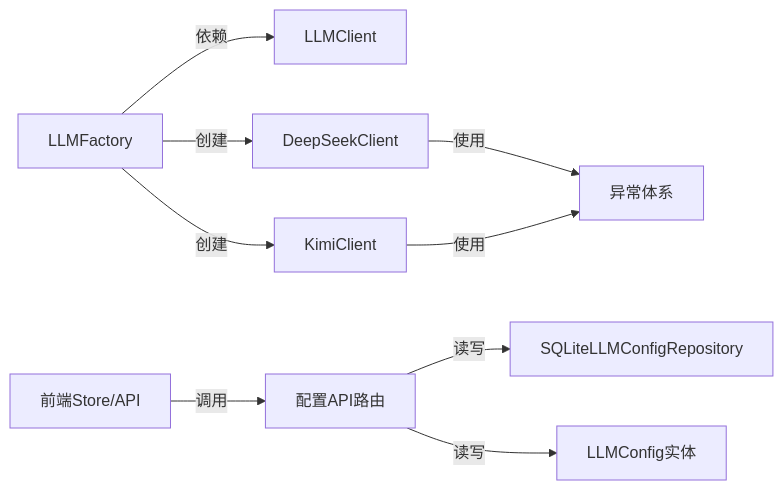
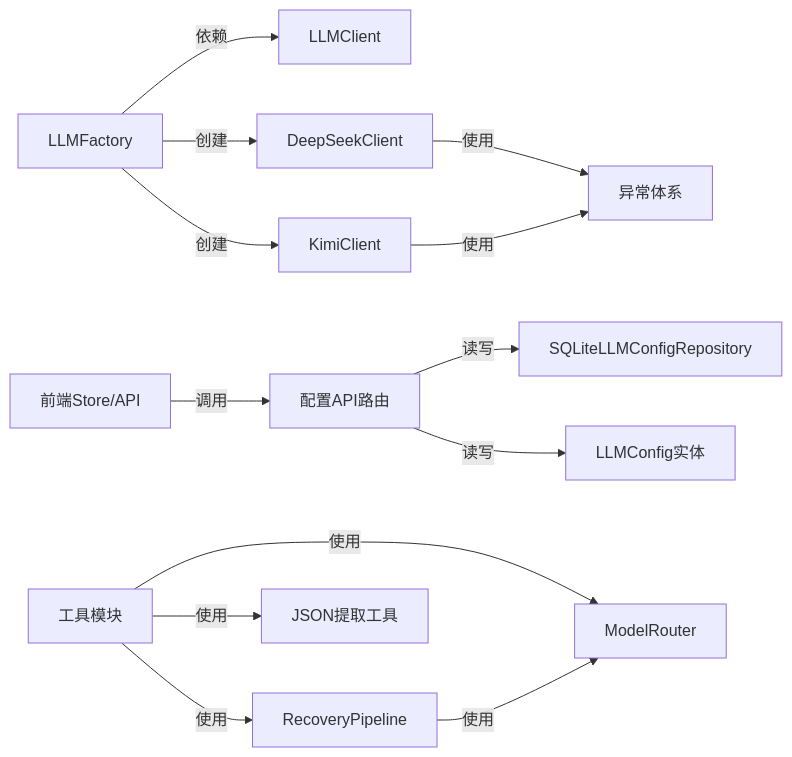
Before and after one commit to octsfm/InkTrace: the eighth of 8 diagrams in .qoder/repowiki/zh/content/AI模型集成/AI模型集成.md, drawn with Mermaid. The commit also changed other lines of this file and 25 other files, not shown here.

````diff
--- a/.qoder/repowiki/zh/content/AI模型集成/AI模型集成.md
+++ b/.qoder/repowiki/zh/content/AI模型集成/AI模型集成.md
@@ -373,11 +487,15 @@
 ```mermaid
 graph LR
 FAC["LLMFactory"] --> |依赖| BC["LLMClient"]
 FAC --> |创建| DS["DeepSeekClient"]
 FAC --> |创建| KM["KimiClient"]
 DS --> |使用| EXC["异常体系"]
 KM --> |使用| EXC
 API["配置API路由"] --> |读写| REPO["SQLiteLLMConfigRepository"]
 API --> |读写| ENT["LLMConfig实体"]
 FE["前端Store/API"] --> |调用| API
+TOOL["工具模块"] --> |使用| MR["ModelRouter"]
+TOOL --> |使用| RP["RecoveryPipeline"]
+TOOL --> |使用| JSON["JSON提取工具"]
+RP --> |使用| MR
 ```
````
